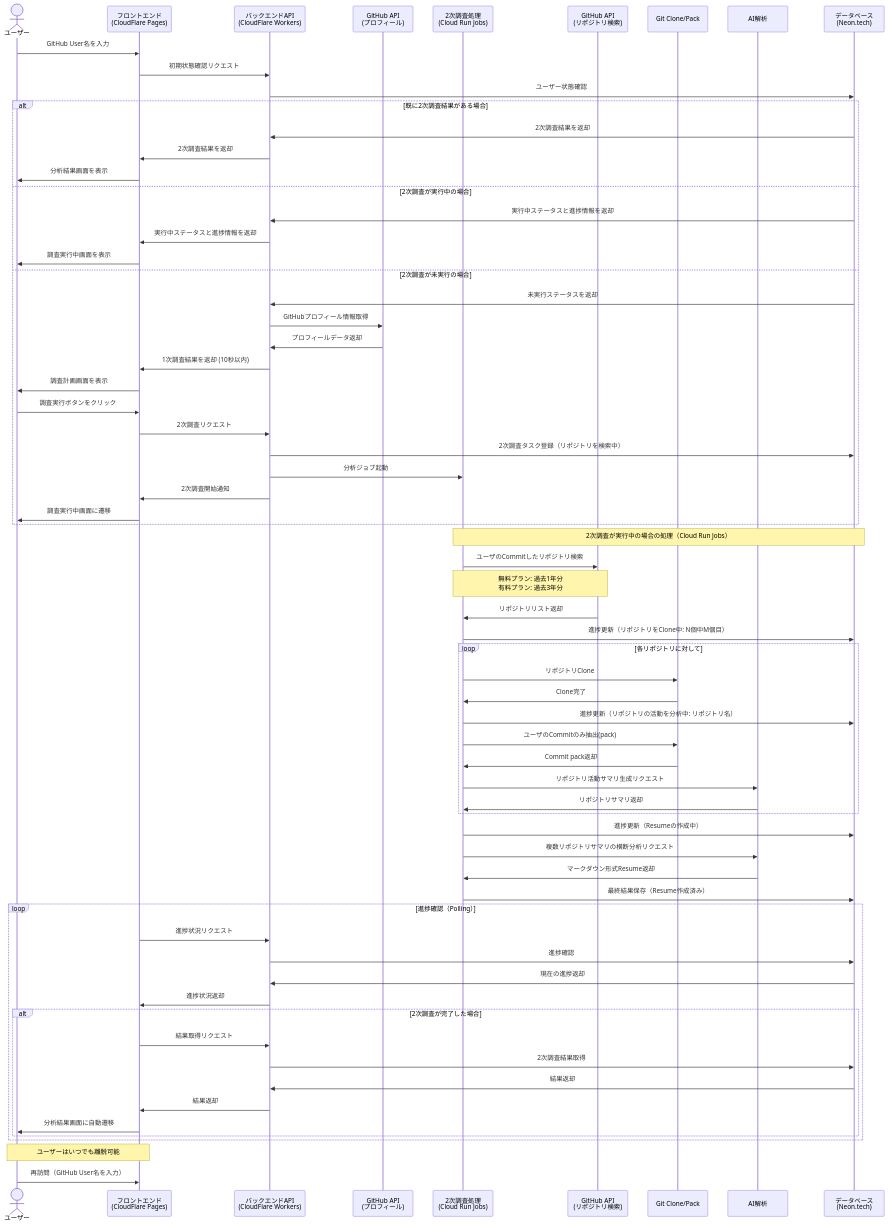
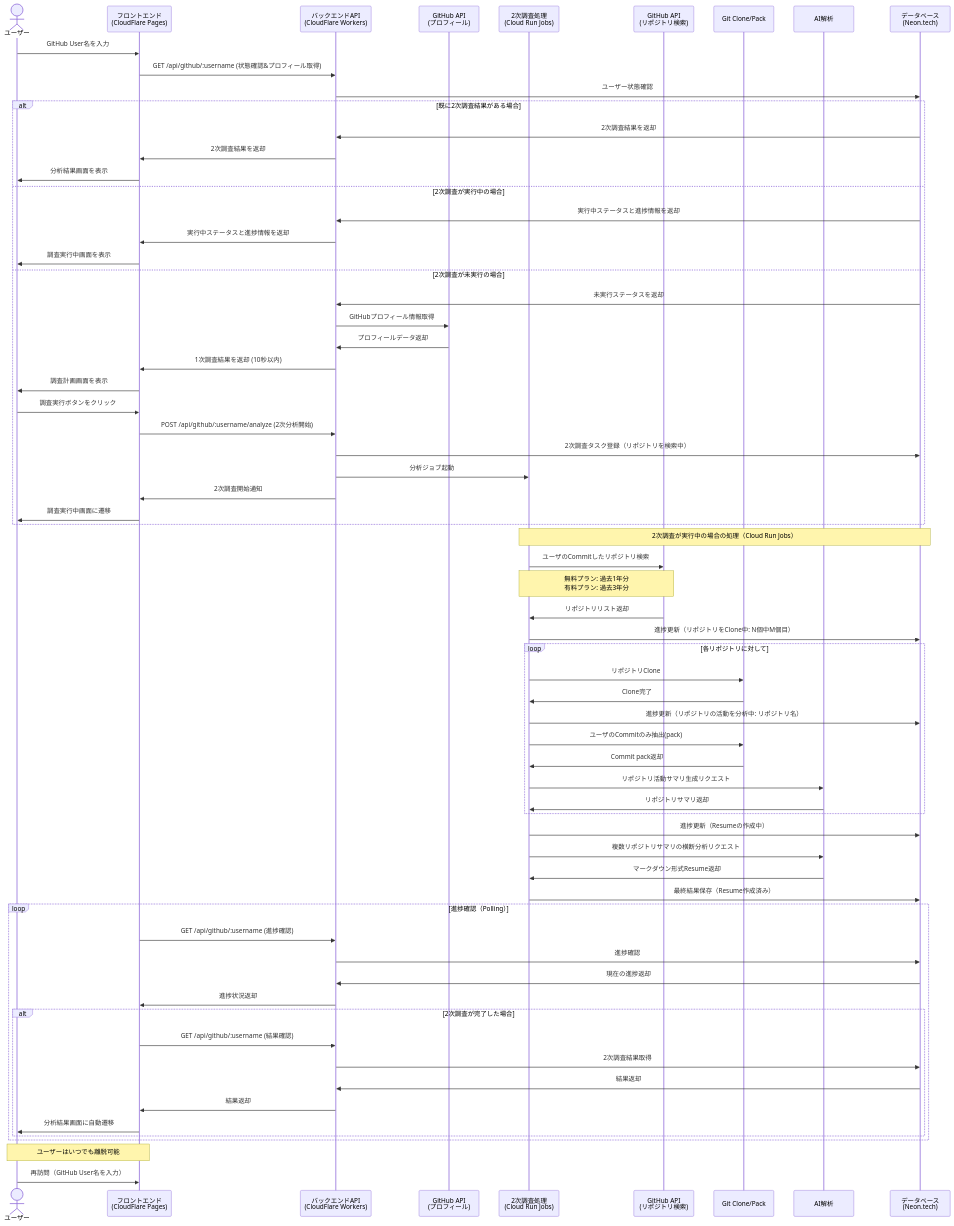
One commit to ToyB0x/git-resume changed the diagram in docs/guide/developer/architecture/system.md. Above: the diagram before and after it, drawn with Mermaid. The commit also changed 14 other files, not shown here.

```diff
--- a/docs/guide/developer/architecture/system.md
+++ b/docs/guide/developer/architecture/system.md
@@ -181,7 +181,7 @@
     participant DB as データベース<br>(Neon.tech)
     
     User->>FE: GitHub User名を入力
-    FE->>BE: 初期状態確認リクエスト
+    FE->>BE: GET /api/github/:username (状態確認&プロフィール取得)
     BE->>DB: ユーザー状態確認
     
     alt 既に2次調査結果がある場合
@@ -205,7 +205,7 @@
         
         %% 2次調査の開始
         User->>FE: 調査実行ボタンをクリック
-        FE->>BE: 2次調査リクエスト
+        FE->>BE: POST /api/github/:username/analyze (2次分析開始)
         
         %% CloudFlare Workersが最初の進捗状態を記録
         BE->>DB: 2次調査タスク登録（リポジトリを検索中）
@@ -241,13 +241,13 @@
     
     %% 進捗確認（Polling）- 統合版
     loop 進捗確認（Polling）
-        FE->>BE: 進捗状況リクエスト
+        FE->>BE: GET /api/github/:username (進捗確認)
         BE->>DB: 進捗確認
         DB->>BE: 現在の進捗返却
         BE->>FE: 進捗状況返却
         
         alt 2次調査が完了した場合
-            FE->>BE: 結果取得リクエスト
+            FE->>BE: GET /api/github/:username (結果確認)
             BE->>DB: 2次調査結果取得
             DB->>BE: 結果返却
             BE->>FE: 結果返却
```
